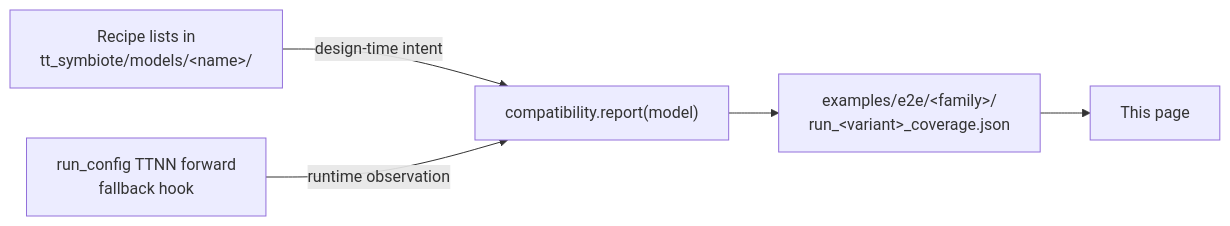
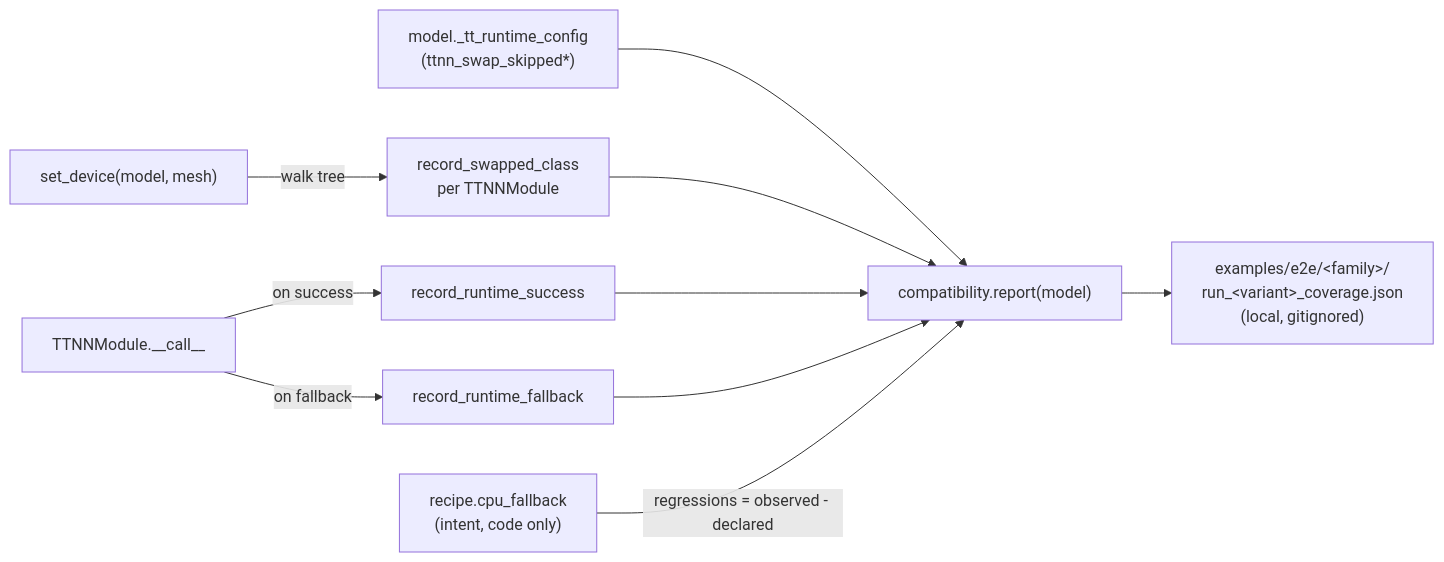
One commit to alnah005/tt_symbiote changed the diagram in docs/cpu_vs_device_coverage.md. Above: the diagram before and after it, drawn with Mermaid. The commit also changed other lines of this file and 36 other files, not shown here.

````diff
--- a/docs/cpu_vs_device_coverage.md
+++ b/docs/cpu_vs_device_coverage.md
@@ -12,9 +22,12 @@
 ```mermaid
 graph LR
-    Recipe[Recipe lists in<br/>tt_symbiote/models/&lt;name&gt;/]
-    Recipe -->|design-time intent| Report["compatibility.report(model)"]
-    Runtime[run_config TTNN forward<br/>fallback hook]
-    Runtime -->|runtime observation| Report
-    Report --> JSON["examples/e2e/&lt;family&gt;/<br/>run_&lt;variant&gt;_coverage.json"]
-    JSON --> Doc[This page]
+    SetDev["set_device(model, mesh)"] -->|walk tree| Reg["record_swapped_class<br/>per TTNNModule"]
+    Fwd["TTNNModule.__call__"] -->|on success| Suc["record_runtime_success"]
+    Fwd -->|on fallback| Fb["record_runtime_fallback"]
+    Cfg["model._tt_runtime_config<br/>(ttnn_swap_skipped*)"] --> Report
+    Reg --> Report["compatibility.report(model)"]
+    Suc --> Report
+    Fb --> Report
+    Recipe["recipe.cpu_fallback<br/>(intent, code only)"] -->|"regressions = observed - declared"| Report
+    Report --> JSON["examples/e2e/&lt;family&gt;/<br/>run_&lt;variant&gt;_coverage.json<br/>(local, gitignored)"]
 ```
````
